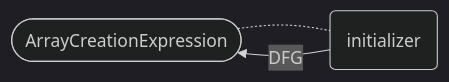
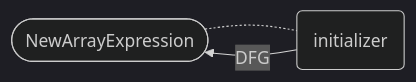
One commit to Fraunhofer-AISEC/cpg changed the tenth of 38 diagrams in docs/docs/CPG/specs/dfg.md. Above: the diagram before and after it, drawn with Mermaid (dark theme). The commit also changed other lines of this file and 27 other files, not shown here.

````diff
--- a/docs/docs/CPG/specs/dfg.md
+++ b/docs/docs/CPG/specs/dfg.md
@@ -152,5 +152,5 @@
   ```mermaid
   flowchart LR
-    node([ArrayCreationExpression]) -.- initializer(initializer)
+    node([NewArrayExpression]) -.- initializer(initializer)
     initializer -- DFG --> node
   ```
````
